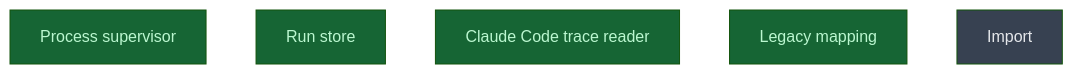
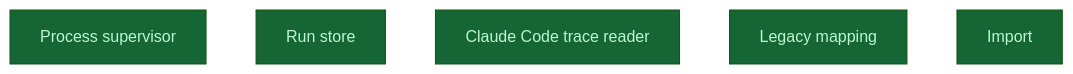
Before and after one commit to CrackingShells/Candler: the diagram in __roadmap__/m1-contracts/interfaces/services/README.md, drawn with Mermaid (forest theme). The commit also changed other lines of this file and 5 other files, not shown here.

````diff
--- a/__roadmap__/m1-contracts/interfaces/services/README.md
+++ b/__roadmap__/m1-contracts/interfaces/services/README.md
@@ -19,13 +19,13 @@
 ```mermaid
 graph TD
     supervisor[Process supervisor]:::done
     run_store[Run store]:::done
     claude_code_reader[Claude Code trace reader]:::done
     legacy_mapping[Legacy mapping]:::done
-    import[Import]:::planned
+    import[Import]:::done
     classDef done       fill:#166534,color:#bbf7d0
     classDef inprogress fill:#854d0e,color:#fef08a
     classDef planned    fill:#374151,color:#e5e7eb
     classDef amendment  fill:#1e3a5f,color:#bfdbfe
     classDef blocked    fill:#7f1d1d,color:#fecaca
 ```
````
